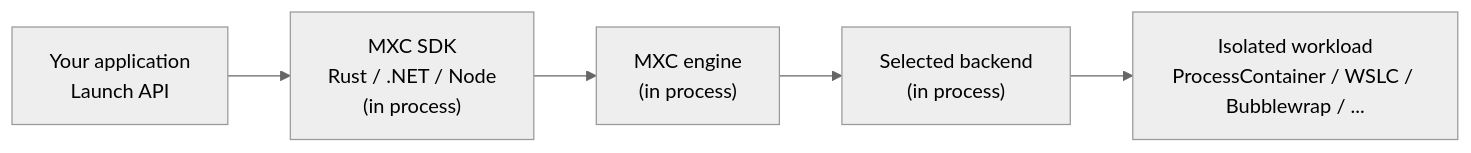
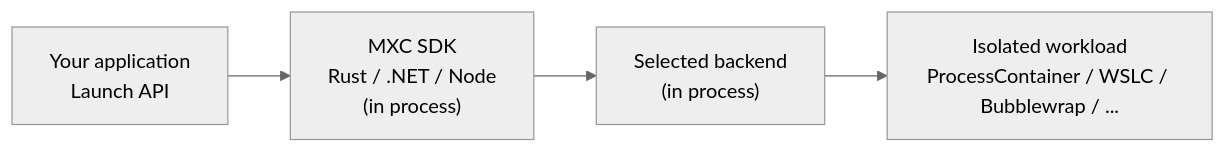
One commit to microsoft/mxc changed the diagram in README.md. Above: the diagram before and after it, drawn with Mermaid (neutral theme). The commit also changed other lines of this file, not shown here.

````diff
--- a/README.md
+++ b/README.md
@@ -33,7 +33,6 @@
 ```mermaid
 flowchart LR
     App["Your application<br/>Launch API"] --> SDK["MXC SDK<br/>Rust / .NET / Node<br/>(in process)"]
-    SDK --> Engine["MXC engine<br/>(in process)"]
-    Engine --> Backend["Selected backend<br/>(in process)"]
+    SDK --> Backend["Selected backend<br/>(in process)"]
     Backend --> Container["Isolated workload<br/>ProcessContainer / WSLC / Bubblewrap / ..."]
 ```
````
